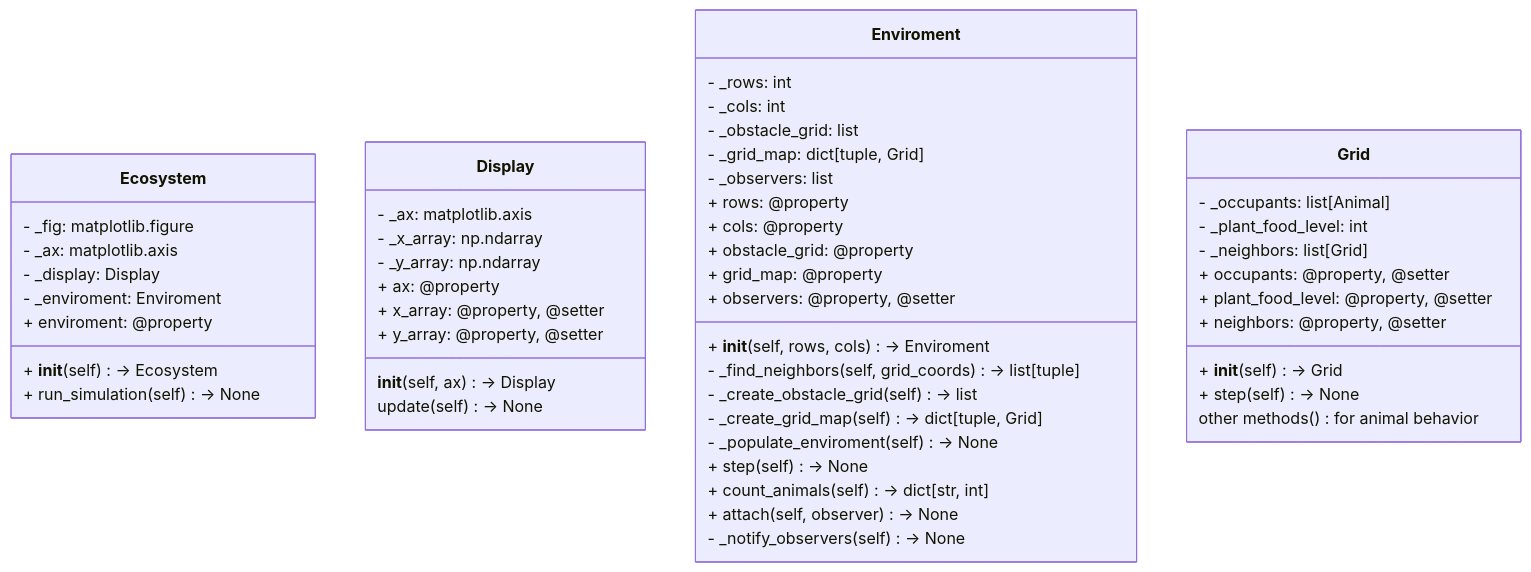
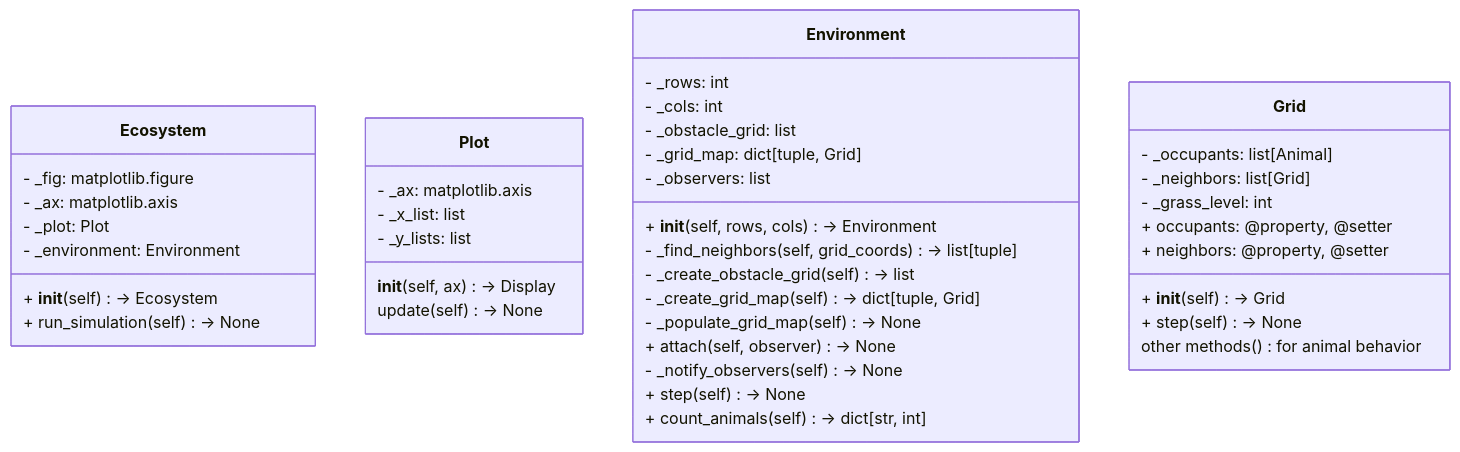
Before and after one commit to jonathancsci/eco-sys-sim: the diagram in README.md, drawn with Mermaid.

Commit message:
UML fixes

````diff
--- a/README.md
+++ b/README.md
@@ -4,59 +4,49 @@
 ```mermaid
 classDiagram
 class Ecosystem {
     - _fig: matplotlib.figure
     - _ax: matplotlib.axis
-    - _display: Display
-    - _enviroment: Enviroment
-    + enviroment: @property
+    - _plot: Plot
+    - _environment: Environment
 
     + __init__(self) -> Ecosystem
     + run_simulation(self) -> None
 }
-class Display {
+class Plot {
     - _ax: matplotlib.axis
-    - _x_array: np.ndarray
-    - _y_array: np.ndarray
-    + ax: @property
-    + x_array: @property, @setter
-    + y_array: @property, @setter
+    - _x_list: list
+    - _y_lists: list
 
     __init__(self, ax) -> Display
     update(self) -> None
 }
-class Enviroment {
+class Environment {
     - _rows: int
     - _cols: int
     - _obstacle_grid: list
     - _grid_map: dict[tuple, Grid]
     - _observers: list
-    + rows: @property
-    + cols: @property
-    + obstacle_grid: @property
-    + grid_map: @property
-    + observers: @property, @setter
 
-    + __init__(self, rows, cols) -> Enviroment
+    + __init__(self, rows, cols) -> Environment
     - _find_neighbors(self, grid_coords) -> list[tuple]
     - _create_obstacle_grid(self) -> list
     - _create_grid_map(self) -> dict[tuple, Grid]
-    - _populate_enviroment(self) -> None
+    - _populate_grid_map(self) -> None
+    + attach(self, observer) -> None
+    - _notify_observers(self) -> None
     + step(self) -> None
     + count_animals(self) -> dict[str, int]
-    + attach(self, observer) -> None
-    - _notify_observers(self) -> None
 }
 class Grid {
     - _occupants: list[Animal]
-    - _plant_food_level: int
     - _neighbors: list[Grid]
+    - _grass_level: int
     + occupants: @property, @setter
-    + plant_food_level: @property, @setter
     + neighbors: @property, @setter
 
     + __init__(self) -> Grid
     + step(self) -> None
     other methods() for animal behavior
 }
 
 ```
````
